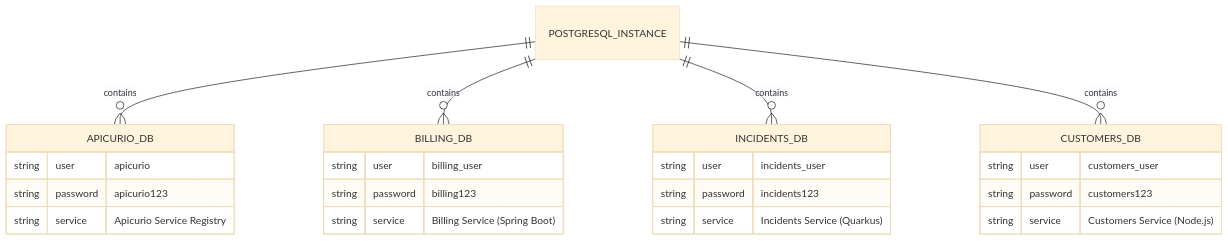
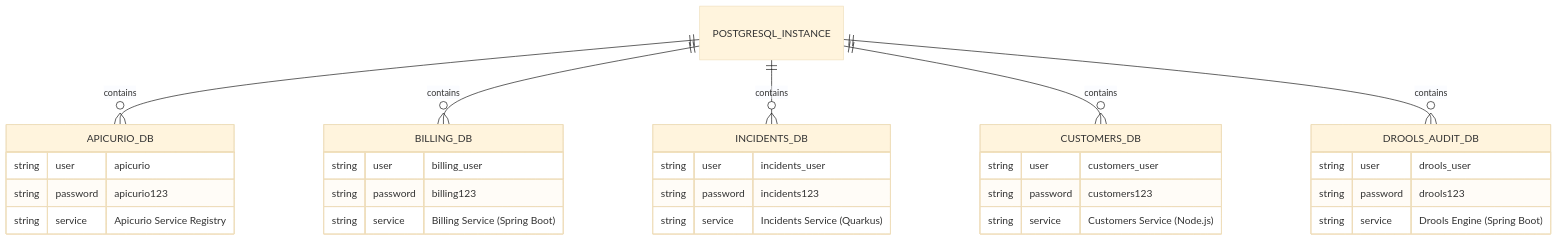
Before and after one commit to monghithub/guidewire: the diagram in openspecs/docs/infra/postgres/README.md, drawn with Mermaid (base theme). The commit also changed other lines of this file and 5 other files, not shown here.

````diff
--- a/openspecs/docs/infra/postgres/README.md
+++ b/openspecs/docs/infra/postgres/README.md
@@ -70,31 +71,39 @@
 ```mermaid
 erDiagram
     POSTGRESQL_INSTANCE ||--o{ APICURIO_DB : contains
     POSTGRESQL_INSTANCE ||--o{ BILLING_DB : contains
     POSTGRESQL_INSTANCE ||--o{ INCIDENTS_DB : contains
     POSTGRESQL_INSTANCE ||--o{ CUSTOMERS_DB : contains
 
     APICURIO_DB {
         string user "apicurio"
         string password "apicurio123"
         string service "Apicurio Service Registry"
     }
 
     BILLING_DB {
         string user "billing_user"
         string password "billing123"
         string service "Billing Service (Spring Boot)"
     }
 
     INCIDENTS_DB {
         string user "incidents_user"
         string password "incidents123"
         string service "Incidents Service (Quarkus)"
     }
 
     CUSTOMERS_DB {
         string user "customers_user"
         string password "customers123"
         string service "Customers Service (Node.js)"
     }
+
+    POSTGRESQL_INSTANCE ||--o{ DROOLS_AUDIT_DB : contains
+
+    DROOLS_AUDIT_DB {
+        string user "drools_user"
+        string password "drools123"
+        string service "Drools Engine (Spring Boot)"
+    }
 ```
````
